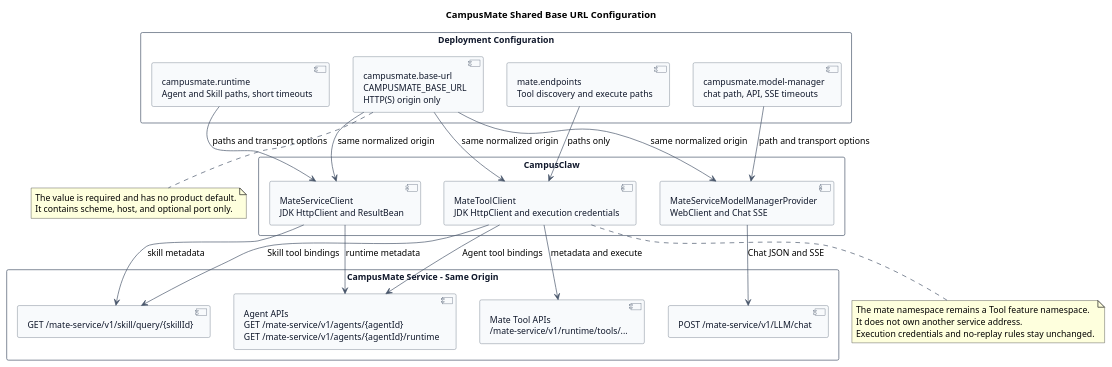
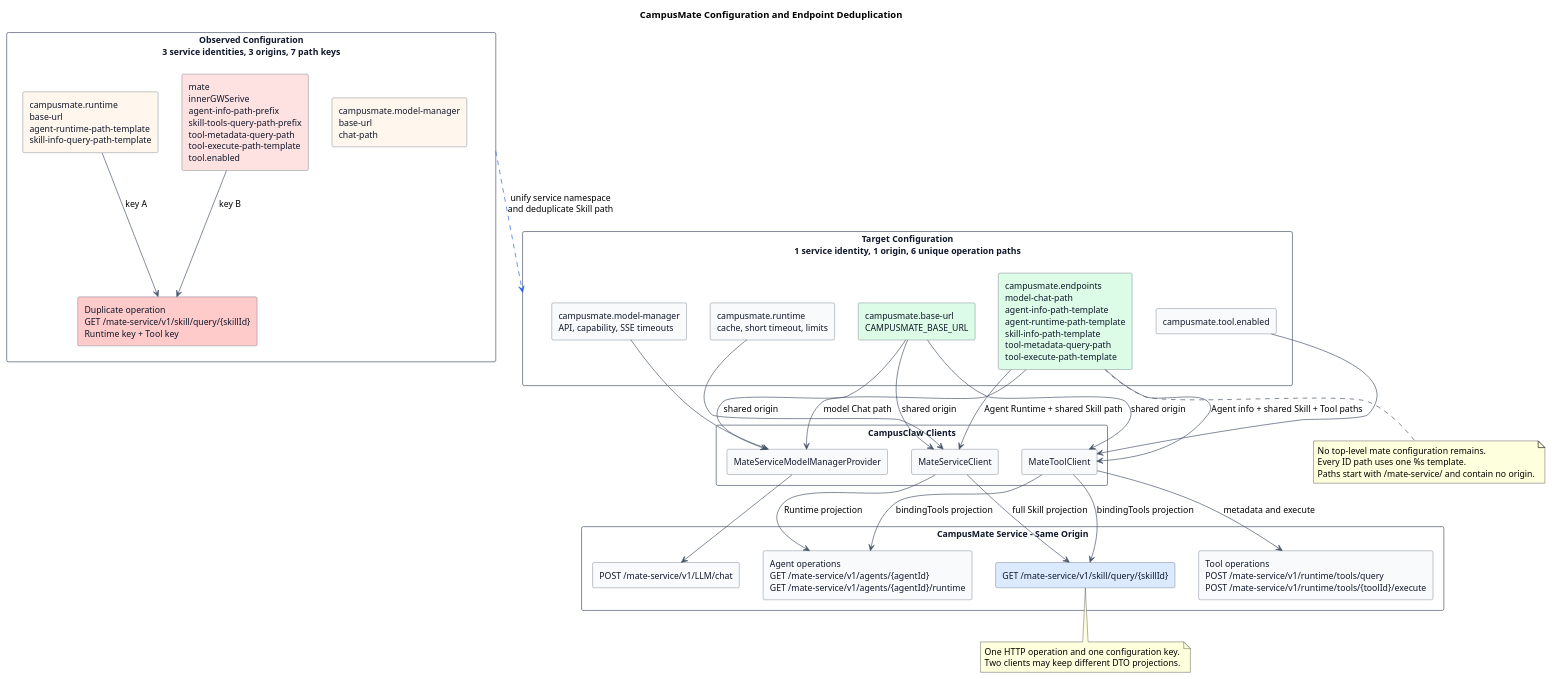
The diagram in campusmate-shared-client-configuration/diagram.puml (ssm0808/pi-mono-java-design), drawn with PlantUML before and after one commit. The commit also changed 10 other files, not shown here.

```diff
--- a/campusmate-shared-client-configuration/diagram.puml
+++ b/campusmate-shared-client-configuration/diagram.puml
@@ -1,77 +1,97 @@
 @startuml campusmate_shared_base_url_configuration
-title CampusMate Shared Base URL Configuration
+title CampusMate Configuration and Endpoint Deduplication
 
 ' Source evidence:
 ' pi-mono-java modules/coding-agent-cli/src/main/resources/application.yml:89-140
-' pi-mono-java modules/ai/src/main/java/com/campusclaw/ai/provider/mate/MateServiceModelManagerProvider.java:68-76
-' pi-mono-java modules/coding-agent-cli/src/main/java/com/campusclaw/codingagent/runtime/AgentRuntimeProperties.java:15-34
-' pi-mono-java modules/coding-agent-cli/src/main/java/com/campusclaw/codingagent/runtime/MateServiceClient.java:43-69 and 184-197
+' pi-mono-java modules/ai/src/main/java/com/campusclaw/ai/provider/mate/MateServiceModelManagerProvider.java:68-76 and eventFlux
+' pi-mono-java modules/coding-agent-cli/src/main/java/com/campusclaw/codingagent/runtime/MateServiceClient.java:43-113 and 184-197
 ' pi-mono-java modules/coding-agent-cli/src/main/java/com/campusclaw/codingagent/config/MateToolAutoConfiguration.java:31-81
-' pi-mono-java modules/coding-agent-cli/src/main/java/com/campusclaw/codingagent/common/client/HttpMateToolClient.java:41-83 and 132-320
-' pi-mono-java mate-campusclaw/scripts/install_value.sh:27-38
-' mate-service src/main/java/com/huawei/hicampus/mate/agentdefinition/controller/AgentDefinitionController.java:38-67
-' Observed behavior: Model Manager, Runtime, and Mate Tool clients read three address keys and can target different origins.
-' Target-only design: all three clients read campusmate.base-url while retaining separate paths, timeouts, auth, and protocols.
-' Architecture change: deployment owns one CampusMate origin and no child configuration can override its host.
-' Security hardening: child paths are absolute service paths and cannot contain another origin.
+' pi-mono-java modules/coding-agent-cli/src/main/java/com/campusclaw/codingagent/common/client/HttpMateToolClient.java:41-190 and 299-320
+' pi-mono-java modules/coding-agent-cli/src/main/java/com/campusclaw/codingagent/common/dto/SkillInfoResult.java:12-20
+' mate-service src/main/java/com/huawei/hicampus/mate/agentdefinition/controller/AgentDefinitionController.java:38-73
+' mate-service src/main/java/com/huawei/hicampus/mate/agentdefinition/modelmanager/controller/LlmChatController.java:35-55
+' Observed behavior: three configuration roots own three origins and seven path keys.
+' Observed duplication: two keys normalize to GET /mate-service/v1/skill/query/{skillId}.
+' Product constraint: Mate and CampusMate are one service identity.
+' Architecture change: one campusmate tree owns one origin and six unique operation paths.
+' Security hardening: endpoint paths cannot carry another origin.
+' Target-only server scope: Skill and Tool controllers were not found in the analyzed mate-service baseline.
 
 skinparam backgroundColor #FFFFFF
 skinparam shadowing false
 skinparam defaultFontName Arial
 skinparam defaultFontSize 13
+skinparam componentStyle rectangle
 skinparam component {
   BackgroundColor #F8FAFC
   BorderColor #475569
   FontColor #0F172A
 }
 skinparam rectangle {
   BackgroundColor #FFFFFF
   BorderColor #475569
   FontColor #0F172A
 }
 skinparam ArrowColor #475569
 
-rectangle "Deployment Configuration" {
-  component "campusmate.base-url\nCAMPUSMATE_BASE_URL\nHTTP(S) origin only" as BaseUrl
-  component "campusmate.model-manager\nchat path, API, SSE timeouts" as ModelConfig
-  component "campusmate.runtime\nAgent and Skill paths, short timeouts" as RuntimeConfig
-  component "mate.endpoints\nTool discovery and execute paths" as ToolConfig
+rectangle "Observed Configuration\n3 service identities, 3 origins, 7 path keys" as Before {
+  component "campusmate.model-manager\nbase-url\nchat-path" as OldModel #FFF7ED
+  component "campusmate.runtime\nbase-url\nagent-runtime-path-template\nskill-info-query-path-template" as OldRuntime #FFF7ED
+  component "mate\ninnerGWSerive\nagent-info-path-prefix\nskill-tools-query-path-prefix\ntool-metadata-query-path\ntool-execute-path-template\ntool.enabled" as OldTool #FEE2E2
+  component "Duplicate operation\nGET /mate-service/v1/skill/query/{skillId}\nRuntime key + Tool key" as Duplicate #FECACA
+
+  OldRuntime --> Duplicate : key A
+  OldTool --> Duplicate : key B
 }
 
-rectangle "CampusClaw" {
-  component "MateServiceModelManagerProvider\nWebClient and Chat SSE" as ModelClient
-  component "MateServiceClient\nJDK HttpClient and ResultBean" as RuntimeClient
-  component "MateToolClient\nJDK HttpClient and execution credentials" as ToolClient
+rectangle "Target Configuration\n1 service identity, 1 origin, 6 unique operation paths" as After {
+  component "campusmate.base-url\nCAMPUSMATE_BASE_URL" as BaseUrl #DCFCE7
+  component "campusmate.endpoints\nmodel-chat-path\nagent-info-path-template\nagent-runtime-path-template\nskill-info-path-template\ntool-metadata-query-path\ntool-execute-path-template" as Endpoints #DCFCE7
+  component "campusmate.model-manager\nAPI, capability, SSE timeouts" as ModelOptions
+  component "campusmate.runtime\ncache, short timeout, limits" as RuntimeOptions
+  component "campusmate.tool.enabled" as ToolOptions
+}
+
+Before -down[#2563EB,dashed]-> After : unify service namespace\nand deduplicate Skill path
+
+rectangle "CampusClaw Clients" {
+  component "MateServiceModelManagerProvider" as ModelClient
+  component "MateServiceClient" as RuntimeClient
+  component "MateToolClient" as ToolClient
 }
 
 rectangle "CampusMate Service - Same Origin" {
   component "POST /mate-service/v1/LLM/chat" as ChatEndpoint
-  component "Agent APIs\nGET /mate-service/v1/agents/{agentId}\nGET /mate-service/v1/agents/{agentId}/runtime" as AgentEndpoint
-  component "GET /mate-service/v1/skill/query/{skillId}" as SkillEndpoint
-  component "Mate Tool APIs\n/mate-service/v1/runtime/tools/..." as ToolEndpoint
+  component "Agent operations\nGET /mate-service/v1/agents/{agentId}\nGET /mate-service/v1/agents/{agentId}/runtime" as AgentEndpoints
+  component "GET /mate-service/v1/skill/query/{skillId}" as SkillEndpoint #DBEAFE
+  component "Tool operations\nPOST /mate-service/v1/runtime/tools/query\nPOST /mate-service/v1/runtime/tools/{toolId}/execute" as ToolEndpoints
 }
 
-BaseUrl --> ModelClient : same normalized origin
-BaseUrl --> RuntimeClient : same normalized origin
-BaseUrl --> ToolClient : same normalized origin
-ModelConfig --> ModelClient : path and transport options
-RuntimeConfig --> RuntimeClient : paths and transport options
-ToolConfig --> ToolClient : paths only
-ModelClient --> ChatEndpoint : Chat JSON and SSE
-RuntimeClient --> AgentEndpoint : runtime metadata
-RuntimeClient --> SkillEndpoint : skill metadata
-ToolClient --> AgentEndpoint : Agent tool bindings
-ToolClient --> SkillEndpoint : Skill tool bindings
-ToolClient --> ToolEndpoint : metadata and execute
+BaseUrl --> ModelClient : shared origin
+BaseUrl --> RuntimeClient : shared origin
+BaseUrl --> ToolClient : shared origin
+Endpoints --> ModelClient : model Chat path
+Endpoints --> RuntimeClient : Agent Runtime + shared Skill path
+Endpoints --> ToolClient : Agent info + shared Skill + Tool paths
+ModelOptions --> ModelClient
+RuntimeOptions --> RuntimeClient
+ToolOptions --> ToolClient
 
-note bottom of BaseUrl
-The value is required and has no product default.
-It contains scheme, host, and optional port only.
+ModelClient --> ChatEndpoint
+RuntimeClient --> AgentEndpoints : Runtime projection
+RuntimeClient --> SkillEndpoint : full Skill projection
+ToolClient --> AgentEndpoints : bindingTools projection
+ToolClient --> SkillEndpoint : bindingTools projection
+ToolClient --> ToolEndpoints : metadata and execute
+
+note bottom of SkillEndpoint
+One HTTP operation and one configuration key.
+Two clients may keep different DTO projections.
 end note
 
-note bottom of ToolClient
-The mate namespace remains a Tool feature namespace.
-It does not own another service address.
-Execution credentials and no-replay rules stay unchanged.
+note bottom of Endpoints
+No top-level mate configuration remains.
+Every ID path uses one %s template.
+Paths start with /mate-service/ and contain no origin.
 end note
 @enduml
```
